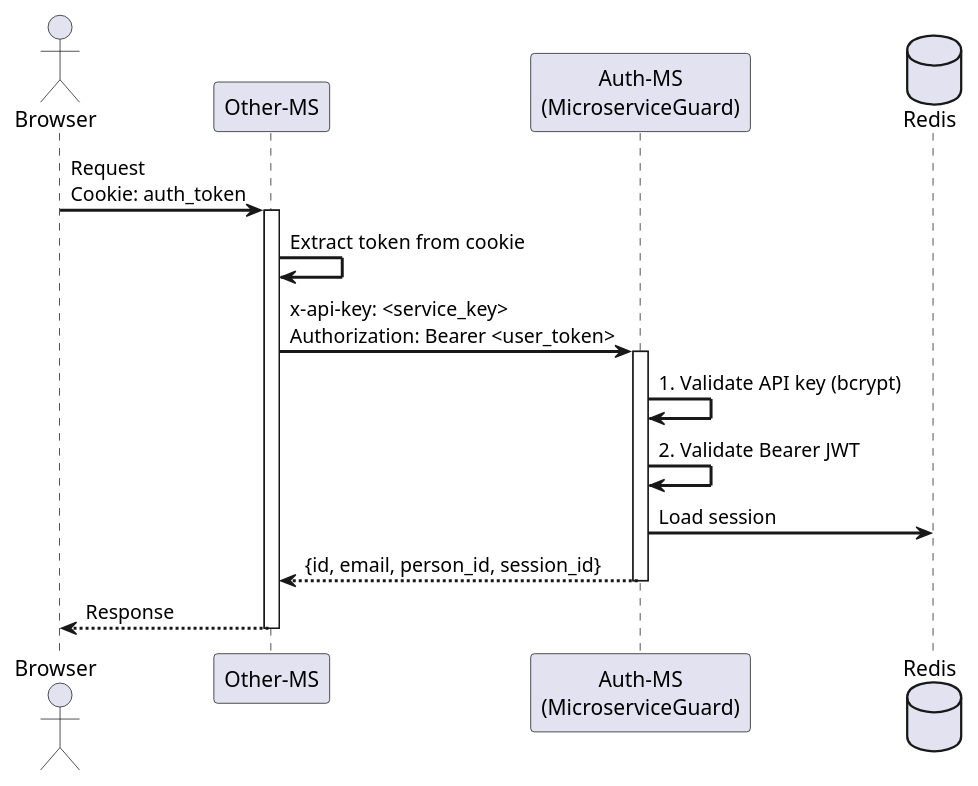
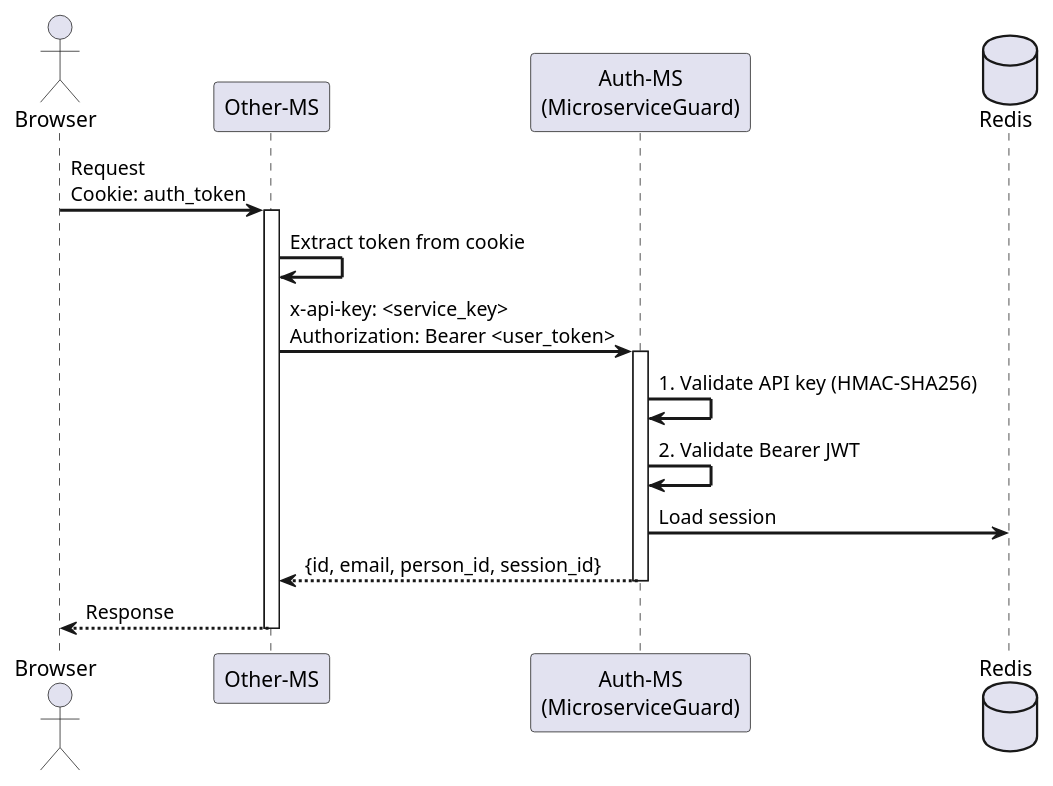
Before and after one commit to Clinfy/Auth-Microservice: the diagram in docs/diagrams/inter-service-auth-compact.puml, drawn with PlantUML. The commit also changed 2 other files, not shown here.

Commit message:
Docs: update authentication flow and architecture for Redis caching and HMAC fingerprinting
- Updated API key validation steps to reflect HMAC-SHA256 fingerprinting and Redis-first lookup.
- Documented hourly cron reconciliation for API key cache.
- Added Redis key structures for API key caching and tracking.
- Updated sequence diagram to replace bcrypt with HMAC-SHA256 validation.

```diff
--- a/docs/diagrams/inter-service-auth-compact.puml
+++ b/docs/diagrams/inter-service-auth-compact.puml
@@ -1,25 +1,25 @@
 @startuml README Inter-Service Auth
 skinparam backgroundColor white
 skinparam sequenceArrowThickness 2
 
 actor Browser as browser
 participant "Other-MS" as other
 participant "Auth-MS\n(MicroserviceGuard)" as auth
 database "Redis" as redis
 
 browser -> other : Request\nCookie: auth_token
 activate other
 
 other -> other : Extract token from cookie
 
 other -> auth : x-api-key: <service_key>\nAuthorization: Bearer <user_token>
 activate auth
-auth -> auth : 1. Validate API key (bcrypt)
+auth -> auth : 1. Validate API key (HMAC-SHA256)
 auth -> auth : 2. Validate Bearer JWT
 auth -> redis : Load session
 auth --> other : {id, email, person_id, session_id}
 deactivate auth
 
 other --> browser : Response
 deactivate other
 @enduml
```
